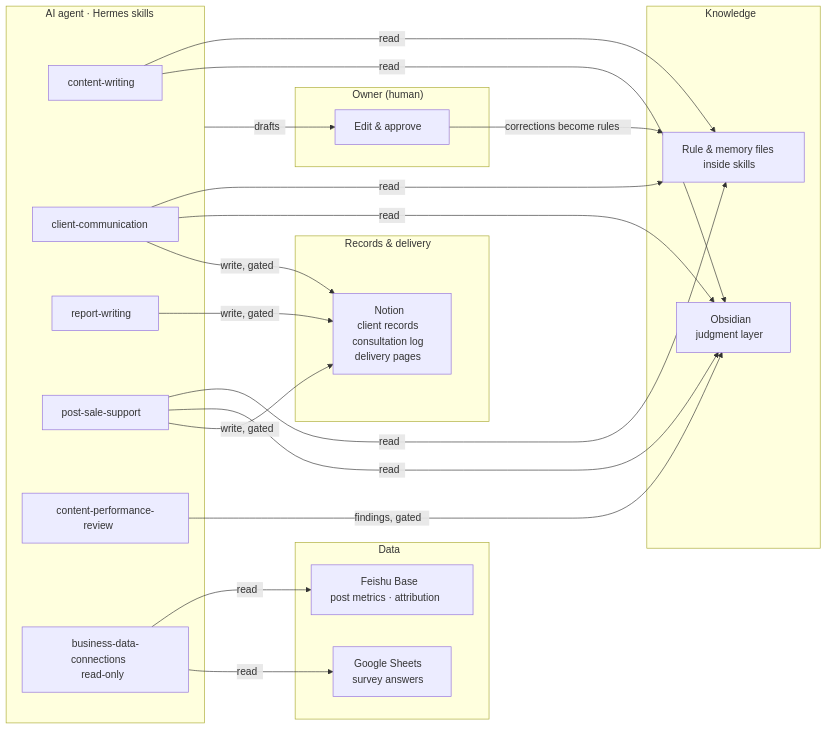
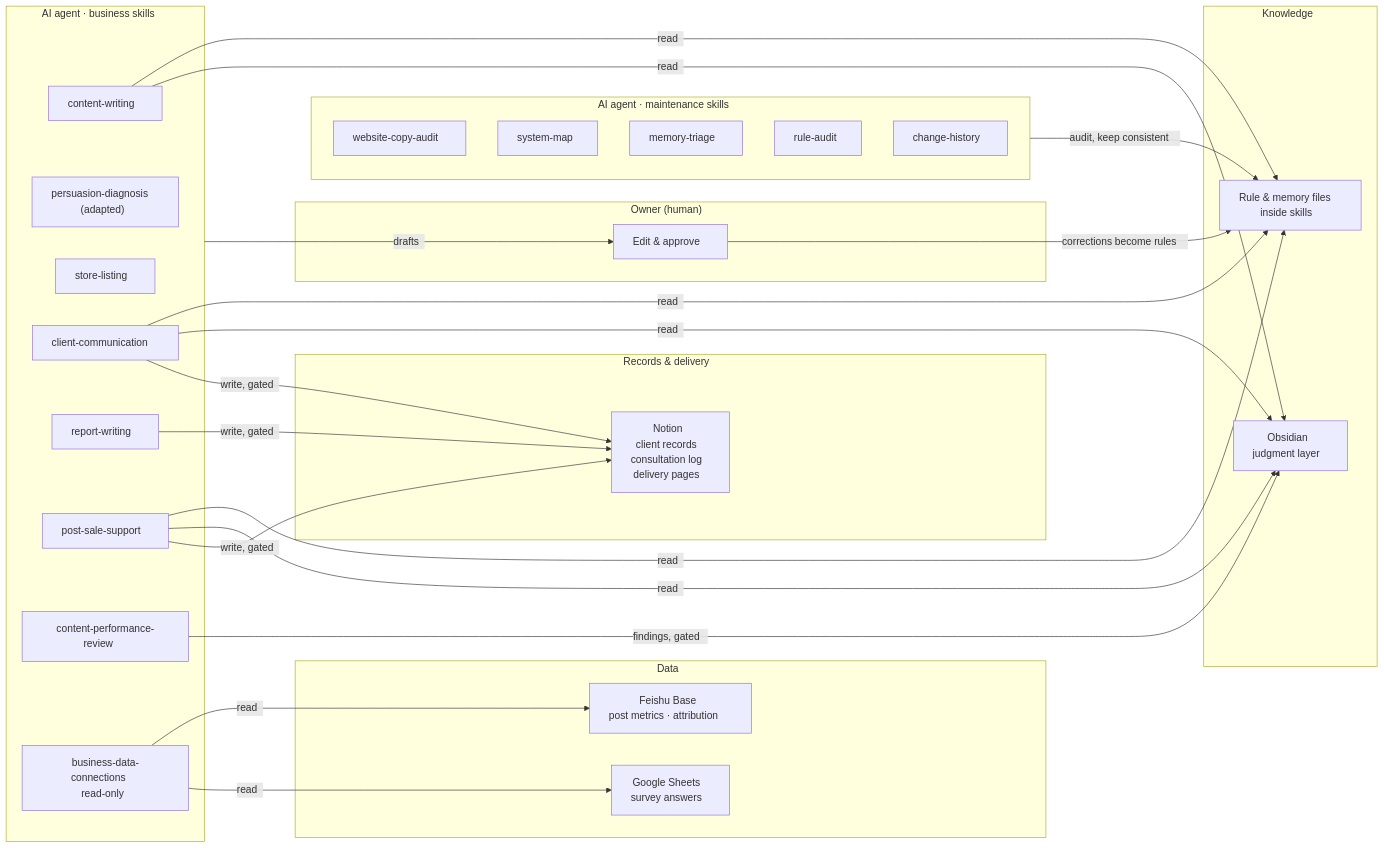
The diagram in README.md (Alfinalee/solo-business-agent-system), drawn with Mermaid before and after one commit. The commit also changed other lines of this file, not shown here.

Commit message:
README: show all 13 skills in architecture diagram; state skill count

````diff
--- a/README.md
+++ b/README.md
@@ -28,31 +28,41 @@
 ```mermaid
 flowchart LR
     subgraph Human["Owner (human)#160;#160;#160;"]
       H1["Edit & approve#160;#160;#160;"]
     end
-    subgraph Agent["AI agent · Hermes skills#160;#160;#160;#160;"]
+    subgraph Agent["AI agent · business skills#160;#160;#160;#160;#160;"]
       S1["content-writing#160;#160;#160;"]
+      S7["persuasion-diagnosis#160;#160;#160;#160;<br/>(adapted)#160;#160;"]
+      S8["store-listing#160;#160;#160;"]
       S2["client-communication#160;#160;#160;#160;"]
       S3["report-writing#160;#160;#160;"]
       S4["post-sale-support#160;#160;#160;"]
       S5["content-performance-review#160;#160;#160;#160;#160;"]
       S6["business-data-connections#160;#160;#160;#160;#160;<br/>read-only#160;#160;"]
+    end
+    subgraph Maint["AI agent · maintenance skills#160;#160;#160;#160;#160;"]
+      M1["website-copy-audit#160;#160;#160;"]
+      M2["system-map#160;#160;"]
+      M3["memory-triage#160;#160;#160;"]
+      M4["rule-audit#160;#160;"]
+      M5["change-history#160;#160;#160;"]
     end
     subgraph Knowledge["Knowledge#160;#160;"]
       K1["Rule & memory files#160;#160;#160;#160;<br/>inside skills#160;#160;#160;"]
       K2["Obsidian#160;#160;<br/>judgment layer#160;#160;#160;"]
     end
     subgraph Data["Data#160;#160;"]
       D1["Feishu Base#160;#160;<br/>post metrics · attribution#160;#160;#160;#160;#160;"]
       D2["Google Sheets#160;#160;#160;<br/>survey answers#160;#160;#160;"]
     end
     subgraph Records["Records & delivery#160;#160;#160;"]
       N1["Notion#160;#160;<br/>client records#160;#160;#160;<br/>consultation log#160;#160;#160;<br/>delivery pages#160;#160;#160;"]
     end
     S6 -->|"read#160;#160;"| D1 & D2
     S1 & S2 & S4 -->|"read#160;#160;"| K1 & K2
     S2 & S3 & S4 -->|"write, gated#160;#160;"| N1
     S5 -->|"findings, gated#160;#160;#160;"| K2
     Agent -->|"drafts#160;#160;"| H1
     H1 -->|"corrections become rules#160;#160;#160;#160;"| K1
+    Maint -->|"audit, keep consistent#160;#160;#160;#160;"| K1
 ```
````
